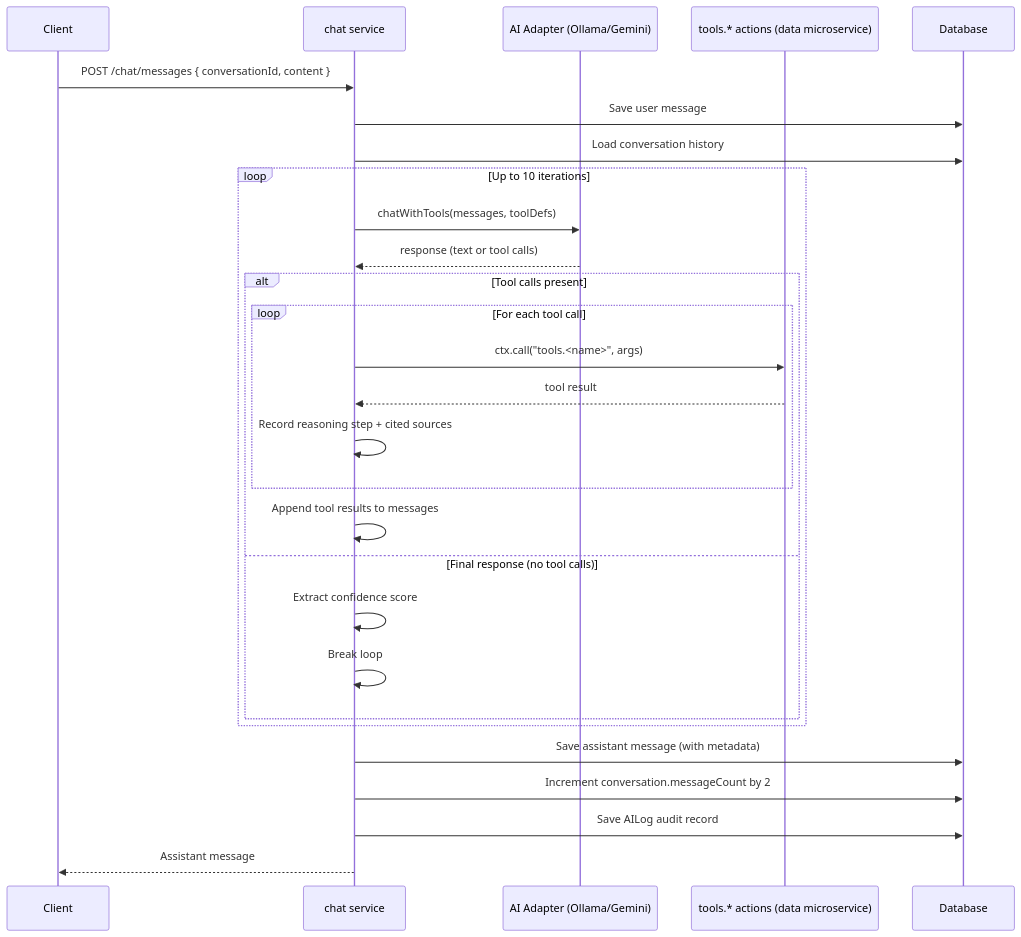
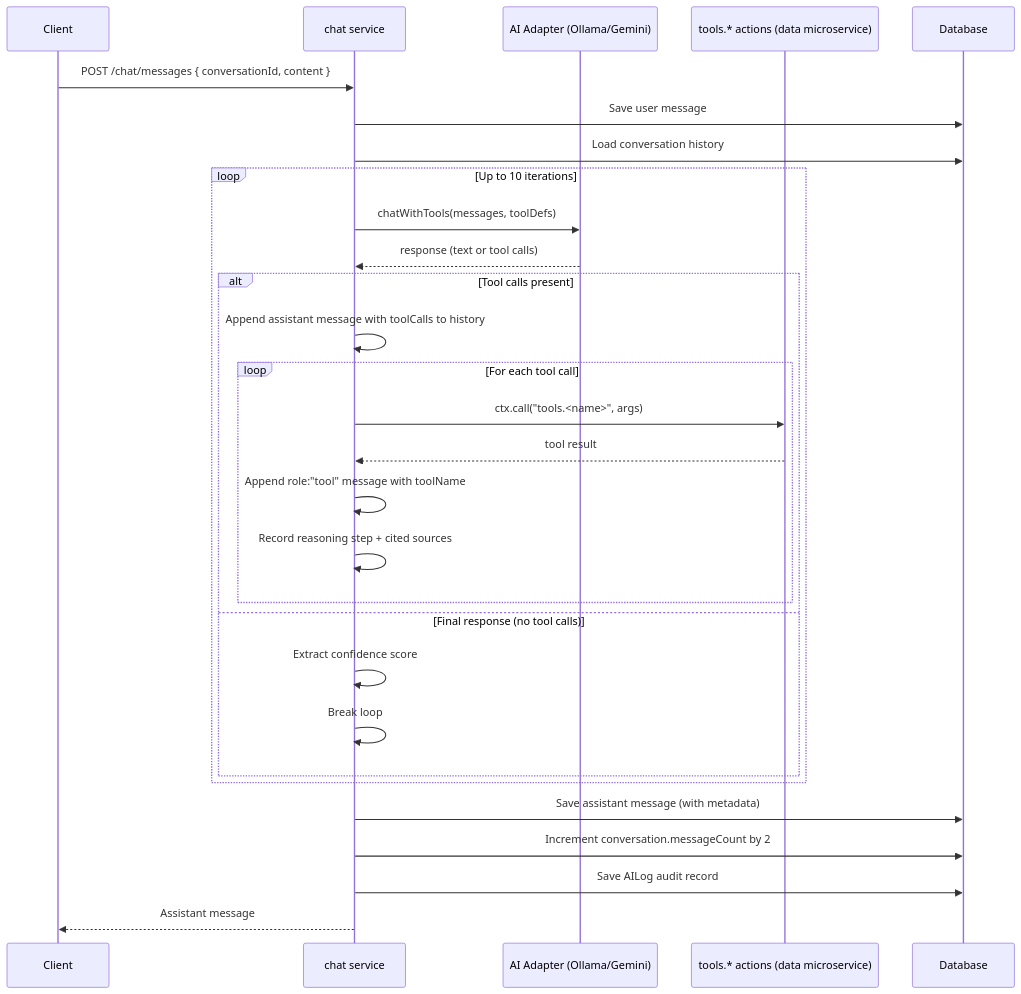
One commit to hinora/data-analysis changed the second of 2 diagrams in docs/domain-knowledge/chat-system.md. Above: the diagram before and after it, drawn with Mermaid. The commit also changed other lines of this file and 12 other files, not shown here.

````diff
--- a/docs/domain-knowledge/chat-system.md
+++ b/docs/domain-knowledge/chat-system.md
@@ -75,34 +75,35 @@
 ```mermaid
 sequenceDiagram
     participant Client
     participant ChatSvc as chat service
     participant AI as AI Adapter (Ollama/Gemini)
     participant Tools as tools.* actions (data microservice)
     participant DB as Database
 
     Client->>ChatSvc: POST /chat/messages { conversationId, content }
     ChatSvc->>DB: Save user message
     ChatSvc->>DB: Load conversation history
     
     loop Up to 10 iterations
         ChatSvc->>AI: chatWithTools(messages, toolDefs)
         AI-->>ChatSvc: response (text or tool calls)
         
         alt Tool calls present
+            ChatSvc->>ChatSvc: Append assistant message with toolCalls to history
             loop For each tool call
                 ChatSvc->>Tools: ctx.call("tools.<name>", args)
                 Tools-->>ChatSvc: tool result
+                ChatSvc->>ChatSvc: Append role:"tool" message with toolName
                 ChatSvc->>ChatSvc: Record reasoning step + cited sources
             end
-            ChatSvc->>ChatSvc: Append tool results to messages
         else Final response (no tool calls)
             ChatSvc->>ChatSvc: Extract confidence score
             ChatSvc->>ChatSvc: Break loop
         end
     end
 
     ChatSvc->>DB: Save assistant message (with metadata)
     ChatSvc->>DB: Increment conversation.messageCount by 2
     ChatSvc->>DB: Save AILog audit record
     ChatSvc-->>Client: Assistant message
 ```
````
